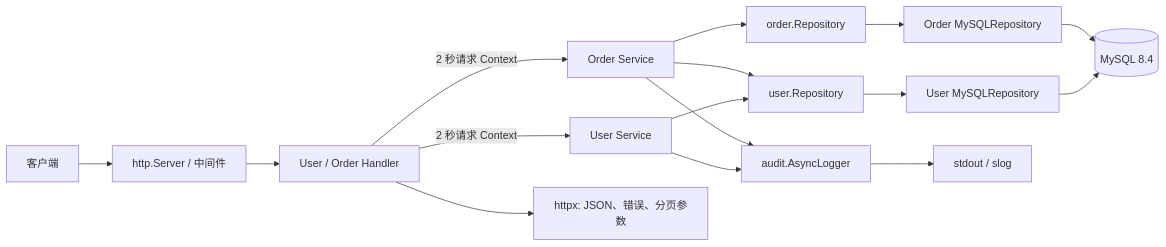
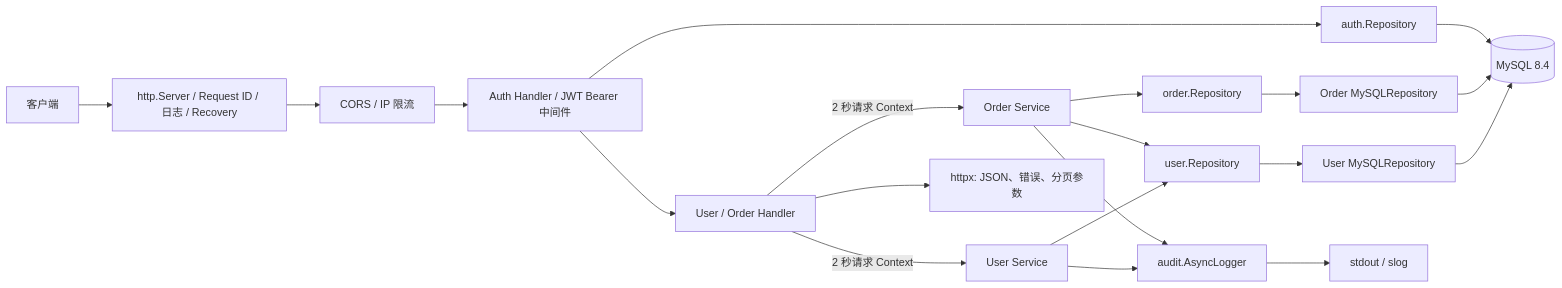
One commit to HillBridge/codex-go-web-api changed the diagram in user-order-api/docs/architecture.md. Above: the diagram before and after it, drawn with Mermaid. The commit also changed other lines of this file and 44 other files, not shown here.

````diff
--- a/user-order-api/docs/architecture.md
+++ b/user-order-api/docs/architecture.md
@@ -9,18 +9,22 @@
 ```mermaid
 flowchart LR
-  C[客户端] --> S[http.Server / 中间件]
-  S --> H[User / Order Handler]
+  C[客户端] --> S[http.Server / Request ID / 日志 / Recovery]
+  S --> SEC[CORS / IP 限流]
+  SEC --> AH[Auth Handler / JWT Bearer 中间件]
+  AH --> H[User / Order Handler]
   H -->|2 秒请求 Context| US[User Service]
   H -->|2 秒请求 Context| OS[Order Service]
   H --> X[httpx: JSON、错误、分页参数]
   US --> UR[user.Repository]
   OS --> OR[order.Repository]
   OS --> UR
   UR --> MR[User MySQLRepository]
   OR --> MOR[Order MySQLRepository]
   MR --> DB[(MySQL 8.4)]
   MOR --> DB
+  AH --> AR[auth.Repository]
+  AR --> DB
   US --> A[audit.AsyncLogger]
   OS --> A
   A --> L[stdout / slog]
 ```
````
